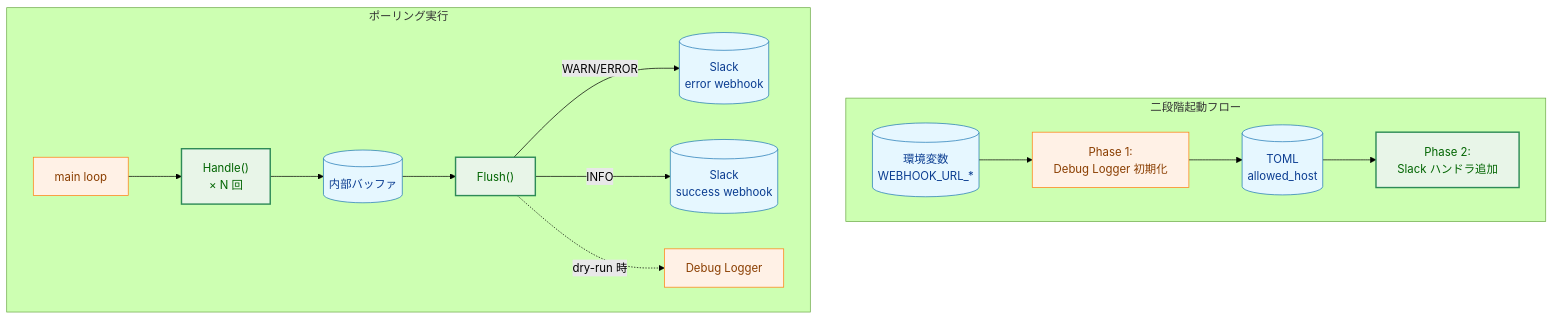
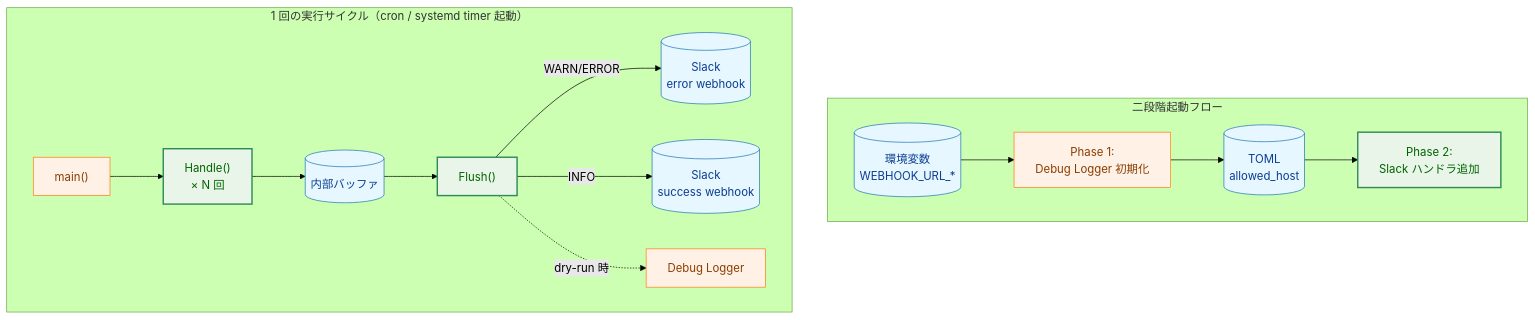
One commit to isseis/tlsrpt-digest changed the third of 11 diagrams in docs/tasks/0030_slack_notify/02_architecture.md. Above: the diagram before and after it, drawn with Mermaid (forest theme). The commit also changed other lines of this file, not shown here.

First line of the commit message:
docs(0030): replace polling terminology with one-shot execution model

````diff
--- a/docs/tasks/0030_slack_notify/02_architecture.md
+++ b/docs/tasks/0030_slack_notify/02_architecture.md
@@ -74,26 +74,26 @@
 ```mermaid
 flowchart TD
     classDef data fill:#e6f7ff,stroke:#1f77b4,stroke-width:1px,color:#0b3d91;
     classDef process fill:#fff1e6,stroke:#ff7f0e,stroke-width:1px,color:#8a3e00;
     classDef enhanced fill:#e8f5e8,stroke:#2e8b57,stroke-width:2px,color:#006400;
     classDef newpkg fill:#ffe8f5,stroke:#d946ef,stroke-width:2px,color:#701a75;
 
     subgraph Bootstrap["二段階起動フロー"]
         ENV[("環境変数<br>WEBHOOK_URL_*")] --> Phase1["Phase 1:<br>Debug Logger 初期化"]
         Phase1 --> TOML[("TOML<br>allowed_host")]
         TOML --> Phase2["Phase 2:<br>Slack ハンドラ追加"]
     end
 
-    subgraph PollingRun["ポーリング実行"]
-        Loop["main loop"] --> HandleRec["Handle()<br>× N 回"]
+    subgraph OneShot["1 回の実行サイクル（cron / systemd timer 起動）"]
+        Loop["main()"] --> HandleRec["Handle()<br>× N 回"]
         HandleRec --> Buffer[("内部バッファ")]
         Buffer --> Flush["Flush()"]
         Flush -->|"WARN/ERROR"| ErrorHook[("Slack<br>error webhook")]
         Flush -->|"INFO"| SuccessHook[("Slack<br>success webhook")]
         Flush -.->|"dry-run 時"| DebugLog["Debug Logger"]
     end
 
     class ENV,TOML,Buffer,ErrorHook,SuccessHook data
     class Loop,Phase1,DebugLog process
     class Phase2,HandleRec,Flush enhanced
 ```
````
